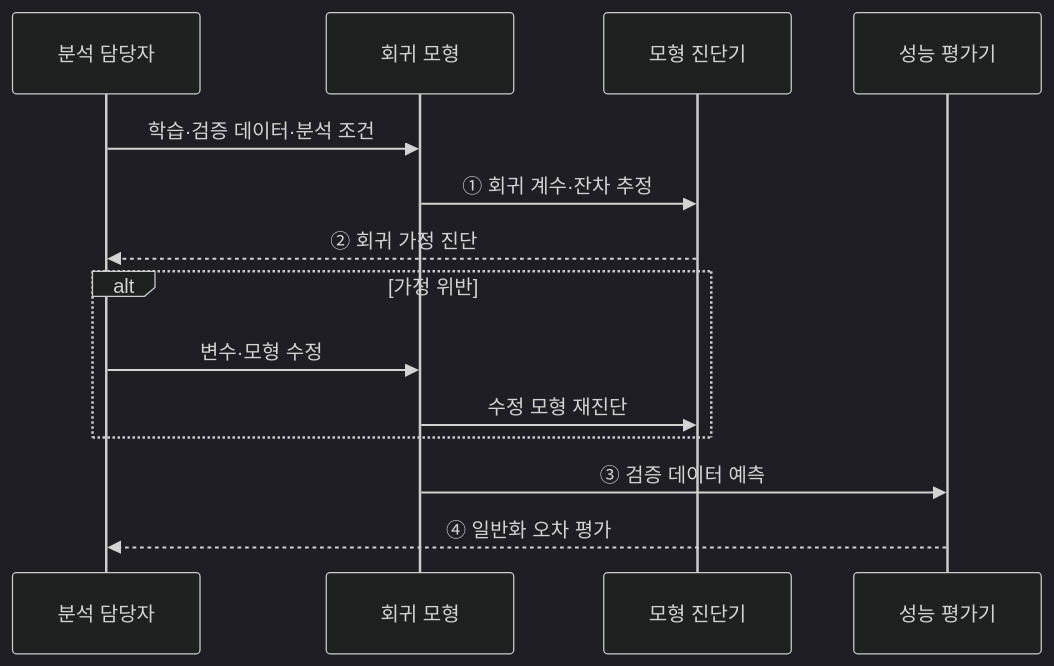
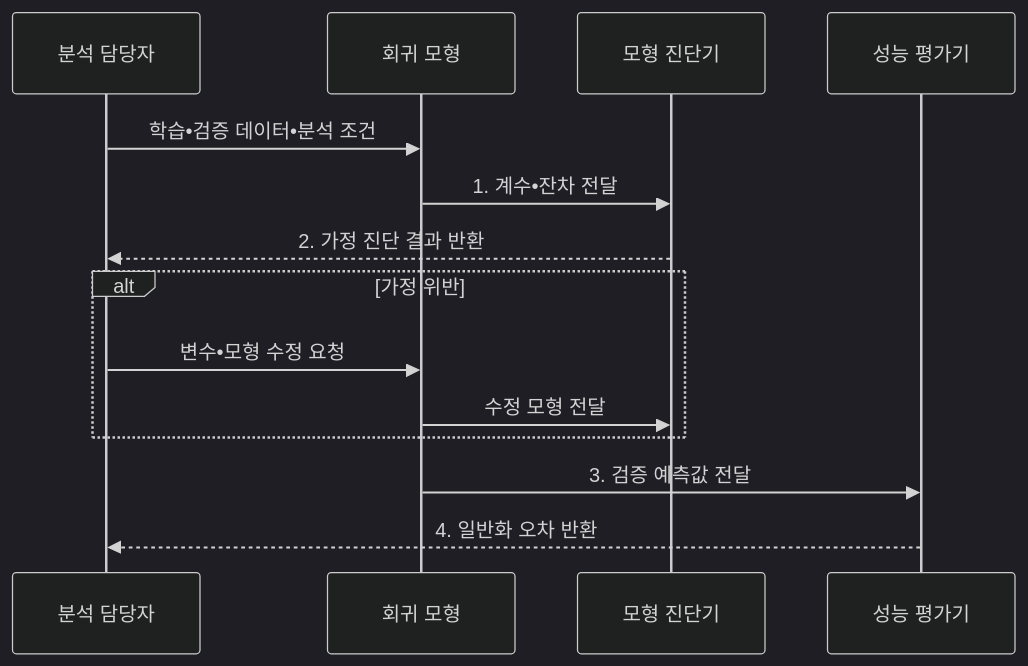
The second of 3 diagrams in src/content/docs/notes/01-basic-theory/034_regression_analysis.md (agnusdei1207/knowledge-base), drawn with Mermaid (dark theme) before and after one commit. The commit also changed other lines of this file and 20 other files, not shown here.

````diff
--- a/src/content/docs/notes/01-basic-theory/034_regression_analysis.md
+++ b/src/content/docs/notes/01-basic-theory/034_regression_analysis.md
@@ -88,16 +87,16 @@
 ```mermaid
 sequenceDiagram
     participant A as 분석 담당자
     participant M as 회귀 모형
     participant D as 모형 진단기
     participant E as 성능 평가기
-    A->>M: 학습·검증 데이터·분석 조건
-    M->>D: ① 회귀 계수·잔차 추정
-    D-->>A: ② 회귀 가정 진단
+    A->>M: 학습•검증 데이터•분석 조건
+    M->>D: 1. 계수•잔차 전달
+    D-->>A: 2. 가정 진단 결과 반환
     alt 가정 위반
-        A->>M: 변수·모형 수정
-        M->>D: 수정 모형 재진단
+        A->>M: 변수•모형 수정 요청
+        M->>D: 수정 모형 전달
     end
-    M->>E: ③ 검증 데이터 예측
-    E-->>A: ④ 일반화 오차 평가
+    M->>E: 3. 검증 예측값 전달
+    E-->>A: 4. 일반화 오차 반환
 ```
````
